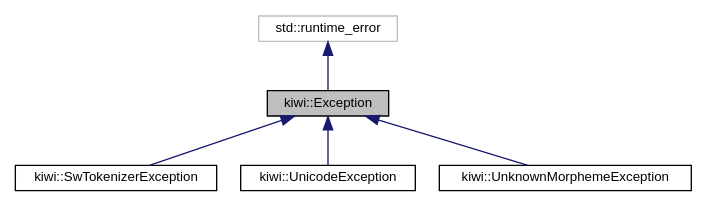
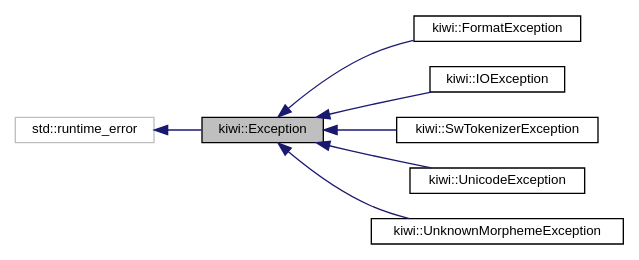
One commit to bab2min/Kiwi changed the diagram in classkiwi_1_1Exception__inherit__graph.dot. Above: the diagram before and after it, drawn with Graphviz. The commit also changed 98 other files, not shown here.

```diff
--- a/classkiwi_1_1Exception__inherit__graph.dot
+++ b/classkiwi_1_1Exception__inherit__graph.dot
@@ -1,15 +1,20 @@
 digraph "kiwi::Exception"
 {
  // LATEX_PDF_SIZE
   edge [fontname="Helvetica",fontsize="10",labelfontname="Helvetica",labelfontsize="10"];
   node [fontname="Helvetica",fontsize="10",shape=record];
+  rankdir="LR";
   Node1 [label="kiwi::Exception",height=0.2,width=0.4,color="black", fillcolor="grey75", style="filled", fontcolor="black",tooltip=" "];
   Node2 -> Node1 [dir="back",color="midnightblue",fontsize="10",style="solid",fontname="Helvetica"];
   Node2 [label="std::runtime_error",height=0.2,width=0.4,color="grey75", fillcolor="white", style="filled",tooltip=" "];
   Node1 -> Node3 [dir="back",color="midnightblue",fontsize="10",style="solid",fontname="Helvetica"];
-  Node3 [label="kiwi::SwTokenizerException",height=0.2,width=0.4,color="black", fillcolor="white", style="filled",URL="$classkiwi_1_1SwTokenizerException.html",tooltip=" "];
+  Node3 [label="kiwi::FormatException",height=0.2,width=0.4,color="black", fillcolor="white", style="filled",URL="$classkiwi_1_1FormatException.html",tooltip=" "];
   Node1 -> Node4 [dir="back",color="midnightblue",fontsize="10",style="solid",fontname="Helvetica"];
-  Node4 [label="kiwi::UnicodeException",height=0.2,width=0.4,color="black", fillcolor="white", style="filled",URL="$classkiwi_1_1UnicodeException.html",tooltip=" "];
+  Node4 [label="kiwi::IOException",height=0.2,width=0.4,color="black", fillcolor="white", style="filled",URL="$classkiwi_1_1IOException.html",tooltip=" "];
   Node1 -> Node5 [dir="back",color="midnightblue",fontsize="10",style="solid",fontname="Helvetica"];
-  Node5 [label="kiwi::UnknownMorphemeException",height=0.2,width=0.4,color="black", fillcolor="white", style="filled",URL="$classkiwi_1_1UnknownMorphemeException.html",tooltip=" "];
+  Node5 [label="kiwi::SwTokenizerException",height=0.2,width=0.4,color="black", fillcolor="white", style="filled",URL="$classkiwi_1_1SwTokenizerException.html",tooltip=" "];
+  Node1 -> Node6 [dir="back",color="midnightblue",fontsize="10",style="solid",fontname="Helvetica"];
+  Node6 [label="kiwi::UnicodeException",height=0.2,width=0.4,color="black", fillcolor="white", style="filled",URL="$classkiwi_1_1UnicodeException.html",tooltip=" "];
+  Node1 -> Node7 [dir="back",color="midnightblue",fontsize="10",style="solid",fontname="Helvetica"];
+  Node7 [label="kiwi::UnknownMorphemeException",height=0.2,width=0.4,color="black", fillcolor="white", style="filled",URL="$classkiwi_1_1UnknownMorphemeException.html",tooltip=" "];
 }
```
